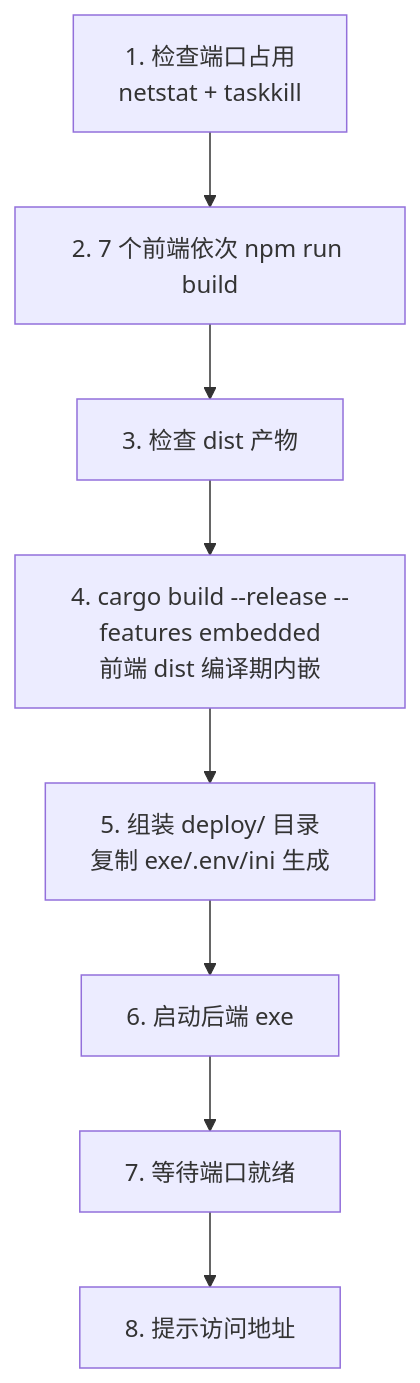
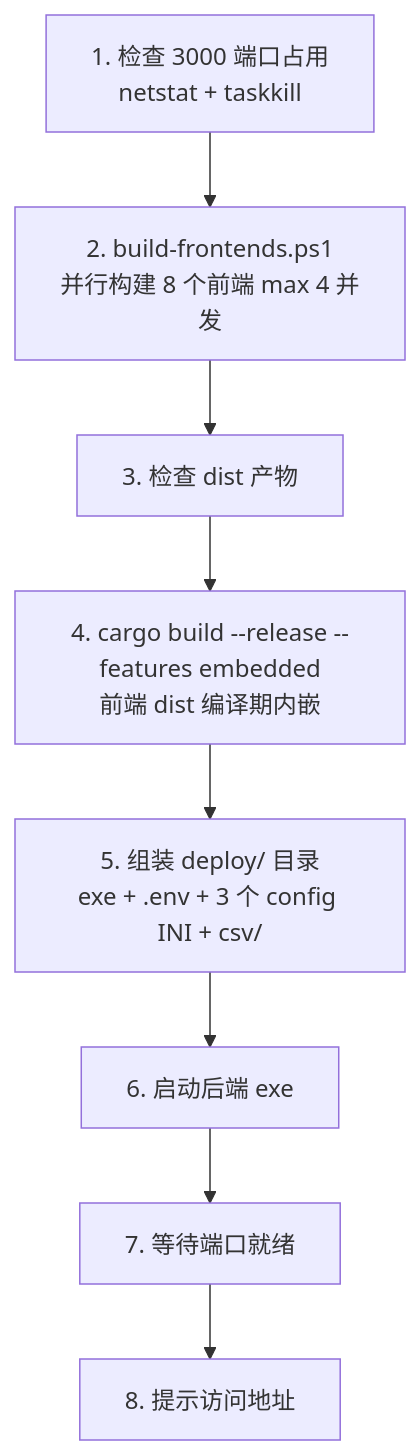
One commit to 3123958139/RustWeb-Vue changed the second of 2 diagrams in docs/tutorial/07-使用与维护手册.md. Above: the diagram before and after it, drawn with Mermaid. The commit also changed other lines of this file and 8 other files, not shown here.

````diff
--- a/docs/tutorial/07-使用与维护手册.md
+++ b/docs/tutorial/07-使用与维护手册.md
@@ -341,10 +408,10 @@
 ```mermaid
 flowchart TD
-    A[1. 检查端口占用<br/>netstat + taskkill] --> B[2. 7 个前端依次 npm run build]
+    A[1. 检查 3000 端口占用<br/>netstat + taskkill] --> B[2. build-frontends.ps1<br/>并行构建 8 个前端 max 4 并发]
     B --> C[3. 检查 dist 产物]
     C --> D[4. cargo build --release --features embedded<br/>前端 dist 编译期内嵌]
-    D --> E[5. 组装 deploy/ 目录<br/>复制 exe/.env/ini 生成]
+    D --> E[5. 组装 deploy/ 目录<br/>exe + .env + 3 个 config INI + csv/]
     E --> F[6. 启动后端 exe]
     F --> G[7. 等待端口就绪]
     G --> H[8. 提示访问地址]
 ```
````
